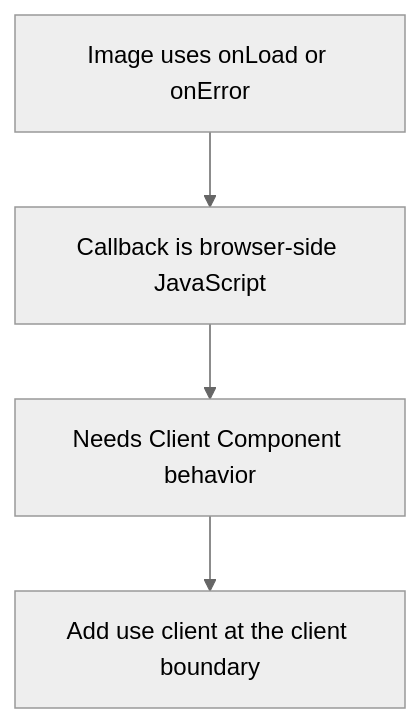
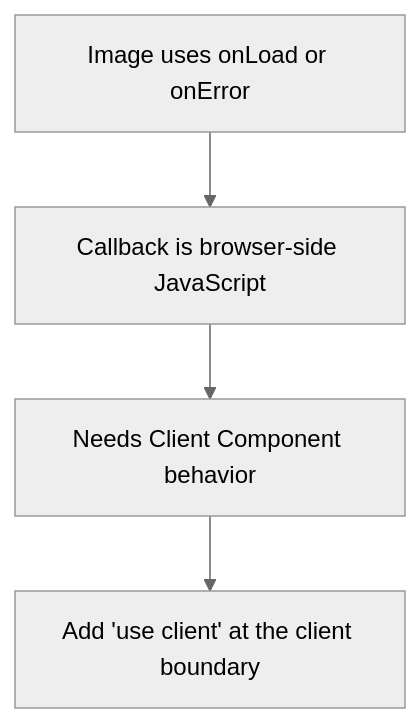
One commit to Mohan-0001/backend-engineering changed the tenth of 11 diagrams in Next.js-Learning/.content/Image_Tag.md. Above: the diagram before and after it, drawn with Mermaid (neutral theme). The commit also changed other lines of this file, not shown here.

````diff
--- a/Next.js-Learning/.content/Image_Tag.md
+++ b/Next.js-Learning/.content/Image_Tag.md
@@ -748,6 +701,6 @@
 ```mermaid
 flowchart TD
     A["Image uses onLoad or onError"] --> B["Callback is browser-side JavaScript"]
     B --> C["Needs Client Component behavior"]
-    C --> D["Add use client at the client boundary"]
+    C --> D["Add 'use client' at the client boundary"]
 ```
````
